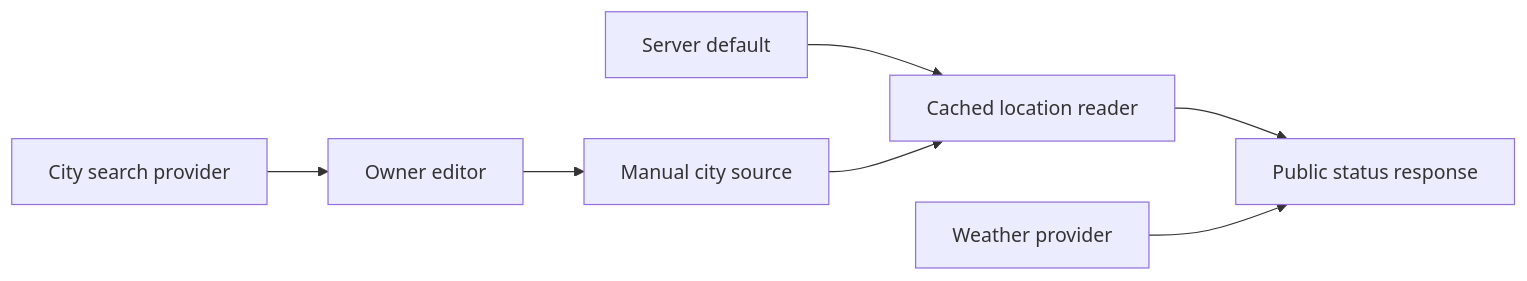
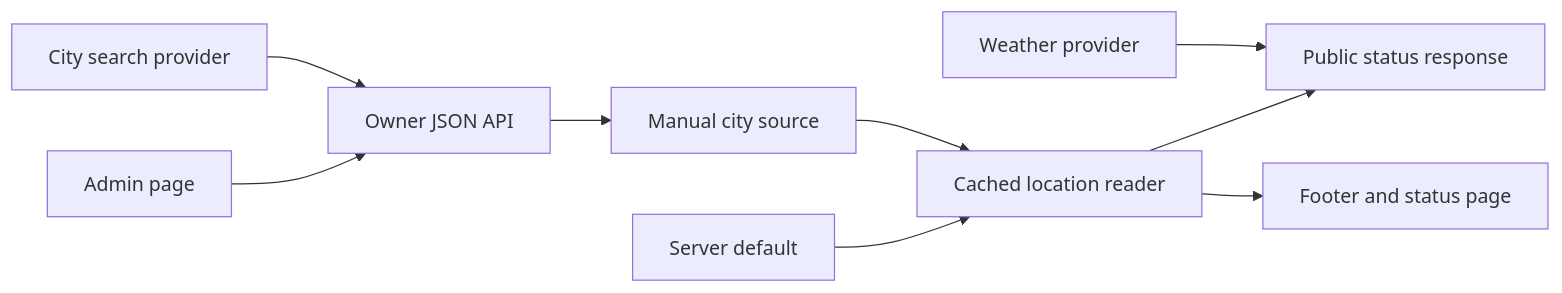
Before and after one commit to WillieCubed/website: the diagram in docs/status.md, drawn with Mermaid. The commit also changed other lines of this file and 20 other files, not shown here.

````diff
--- a/docs/status.md
+++ b/docs/status.md
@@ -42,9 +46,11 @@
 ```mermaid
 flowchart LR
-  Admin[Owner editor] --> Manual[Manual city source]
+  Page[Admin page] --> Admin[Owner JSON API]
+  Admin --> Manual[Manual city source]
   Search[City search provider] --> Admin
   Default[Server default] --> Reader[Cached location reader]
   Manual --> Reader
   Reader --> Public[Public status response]
   Weather[Weather provider] --> Public
+  Reader --> UI[Footer and status page]
 ```
````
